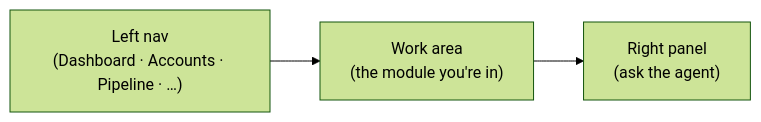
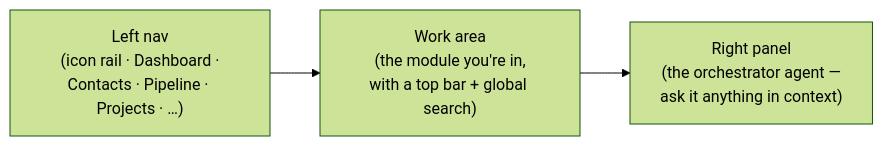
One commit to markdconnelly/ImperionCRM changed the diagram in docs/user-guides/README.md. Above: the diagram before and after it, drawn with Mermaid (forest theme). The commit also changed other lines of this file and 9 other files, not shown here.

````diff
--- a/docs/user-guides/README.md
+++ b/docs/user-guides/README.md
@@ -10,5 +23,5 @@
 ```mermaid
 flowchart LR
-    NAV["Left nav<br/>(Dashboard · Accounts · Pipeline · …)"] --> WORK["Work area<br/>(the module you're in)"]
-    WORK --> AGENT["Right panel<br/>(ask the agent)"]
+    NAV["Left nav<br/>(icon rail · Dashboard ·<br/>Contacts · Pipeline · Projects · …)"] --> WORK["Work area<br/>(the module you're in,<br/>with a top bar + global search)"]
+    WORK --> AGENT["Right panel<br/>(the orchestrator agent —<br/>ask it anything in context)"]
 ```
````
